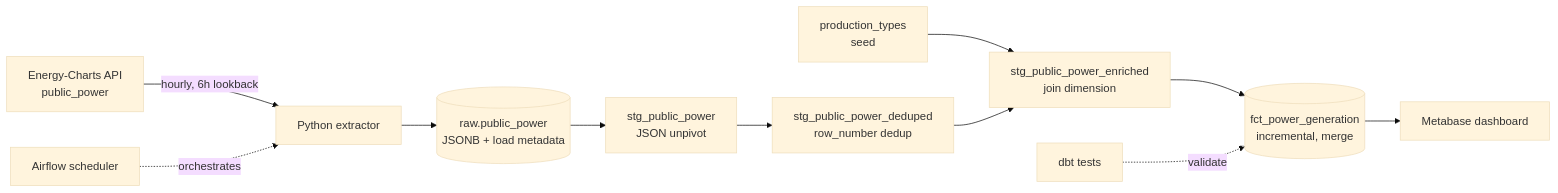
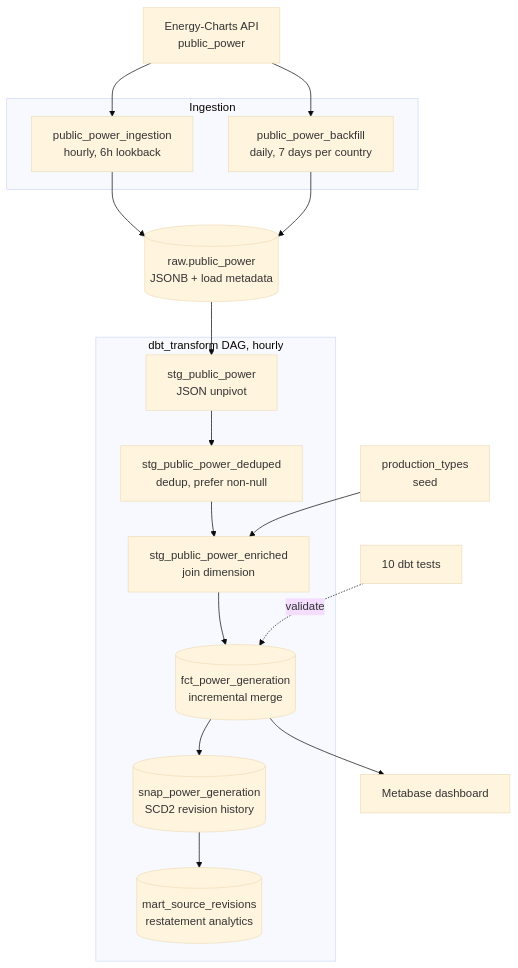
Before and after one commit to OlgaAvshister/eu-power-pipeline: the diagram in README.md, drawn with Mermaid (base theme).

Commit message:
docs: update architecture diagram with backfill and snapshots

````diff
--- a/README.md
+++ b/README.md
@@ -13,14 +13,32 @@
 ```mermaid
-flowchart LR
-    API[Energy-Charts API<br/>public_power] -->|hourly, 6h lookback| EX[Python extractor]
-    EX --> RAW[(raw.public_power<br/>JSONB + load metadata)]
-    RAW --> STG1[stg_public_power<br/>JSON unpivot]
-    STG1 --> STG2[stg_public_power_deduped<br/>row_number dedup]
+flowchart TB
+    API[Energy-Charts API<br/>public_power]
+
+    subgraph ingestion[Ingestion]
+        HOURLY[public_power_ingestion<br/>hourly, 6h lookback]
+        DAILY[public_power_backfill<br/>daily, 7 days per country]
+    end
+
+    API --> HOURLY
+    API --> DAILY
+    HOURLY --> RAW
+    DAILY --> RAW
+
+    RAW[(raw.public_power<br/>JSONB + load metadata)]
+
+    subgraph transform[dbt_transform DAG, hourly]
+        STG1[stg_public_power<br/>JSON unpivot]
+        STG2[stg_public_power_deduped<br/>dedup, prefer non-null]
+        STG3[stg_public_power_enriched<br/>join dimension]
+        FCT[(fct_power_generation<br/>incremental merge)]
+        SNAP[(snap_power_generation<br/>SCD2 revision history)]
+        REV[(mart_source_revisions<br/>restatement analytics)]
+    end
+
+    RAW --> STG1 --> STG2 --> STG3 --> FCT
     SEED[production_types<br/>seed] --> STG3
-    STG2 --> STG3[stg_public_power_enriched<br/>join dimension]
-    STG3 --> FCT[(fct_power_generation<br/>incremental, merge)]
+    FCT --> SNAP --> REV
     FCT --> BI[Metabase dashboard]
 
-    AF[Airflow scheduler] -.orchestrates.-> EX
-    TESTS[dbt tests] -.validate.-> FCT
+    TESTS[10 dbt tests] -.validate.-> FCT
 ```
````
